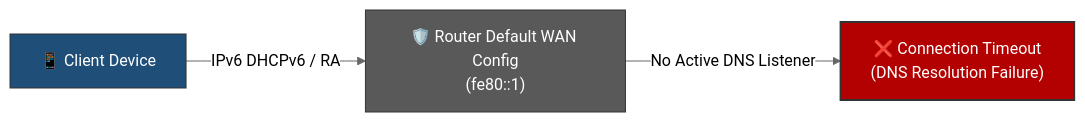
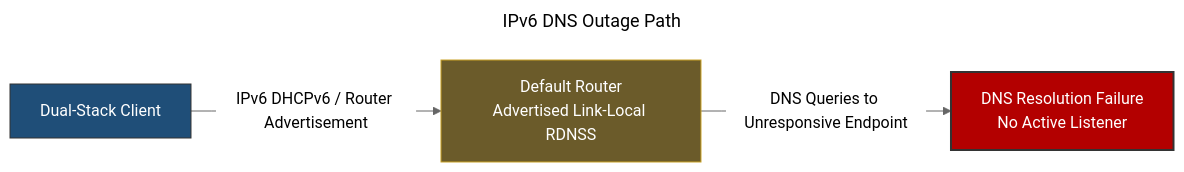
Before and after one commit to WildeBeast2521/homelab-portfolio: the second of 2 diagrams in services/pi-hole.md, drawn with Mermaid (neutral theme). The commit also changed other lines of this file and 17 other files, not shown here.

````diff
--- a/services/pi-hole.md
+++ b/services/pi-hole.md
@@ -129,13 +180,16 @@
 ```mermaid
-graph LR
-    classDef client fill:#1f4e78,stroke:#333,color:#fff;
-    classDef router fill:#595959,stroke:#333,color:#fff;
-    classDef error fill:#b30000,stroke:#333,color:#fff,stroke-width:2px;
+---
+title: IPv6 DNS Outage Path
+---
+flowchart LR
+    classDef core fill:#1f4e78,stroke:#333,color:#fff;
+    classDef legacy fill:#6b5b2a,stroke:#c9a227,color:#fff;
+    classDef firewall fill:#b30000,stroke:#333,color:#fff,stroke-width:2px;
 
-    Client["📱 Client Device"]:::client
-    Router["🛡️ Router Default WAN Config<br/>(fe80::1)"]:::router
-    Outage["❌ Connection Timeout<br/>(DNS Resolution Failure)"]:::error
+    Client["Dual-Stack Client"]:::core
+    Router["Default Router<br/>Advertised Link-Local RDNSS"]:::legacy
+    Outage["DNS Resolution Failure<br/>No Active Listener"]:::firewall
 
-    Client -->|IPv6 DHCPv6 / RA| Router
-    Router -->|No Active DNS Listener| Outage
+    Client -->|IPv6 DHCPv6 / Router Advertisement| Router
+    Router -->|DNS Queries to Unresponsive Endpoint| Outage
 ```
````
